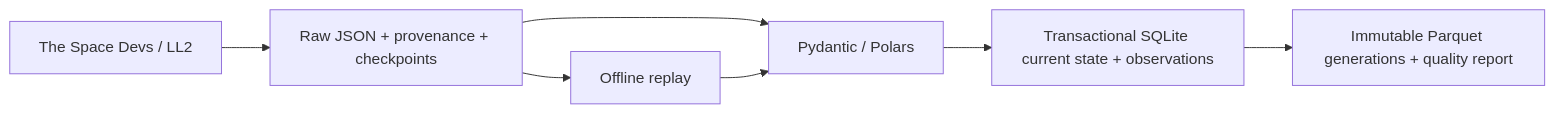
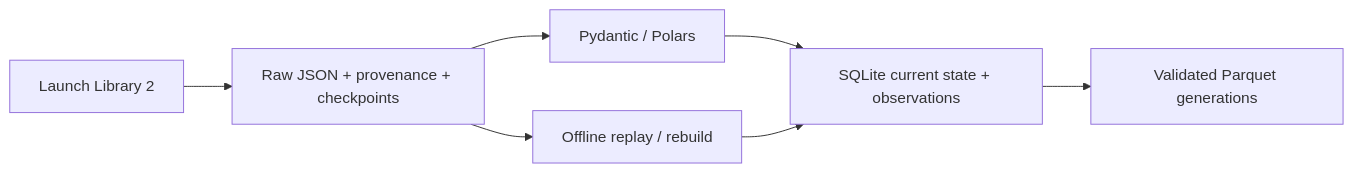
One commit to RM3006/orbital-pulse changed the diagram in README.md. Above: the diagram before and after it, drawn with Mermaid. The commit also changed other lines of this file and 14 other files, not shown here.

````diff
--- a/README.md
+++ b/README.md
@@ -7,9 +13,9 @@
 ```mermaid
 flowchart LR
-    LL2[The Space Devs / LL2] --> Raw[Raw JSON + provenance + checkpoints]
+    LL2[Launch Library 2] --> Raw[Raw JSON + provenance + checkpoints]
     Raw --> Parse[Pydantic / Polars]
-    Parse --> State[Transactional SQLite current state + observations]
-    State --> Tables[Immutable Parquet generations + quality report]
-    Raw --> Replay[Offline replay]
-    Replay --> Parse
+    Parse --> State[SQLite current state + observations]
+    State --> Tables[Validated Parquet generations]
+    Raw --> Replay[Offline replay / rebuild]
+    Replay --> State
 ```
````
